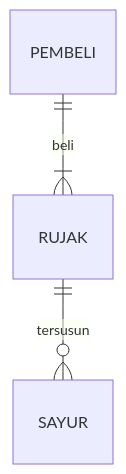
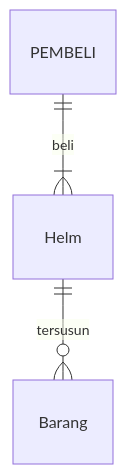
Before and after one commit to boriqq/job-interview: the diagram in interview.md, drawn with Mermaid. The commit also changed other lines of this file, not shown here.

````diff
--- a/interview.md
+++ b/interview.md
@@ -34,5 +34,5 @@
 ```mermaid
 erDiagram
-    RUJAK ||--o{ SAYUR : tersusun
-    PEMBELI ||--|{ RUJAK : beli
+    Helm ||--o{ Barang : tersusun
+    PEMBELI ||--|{ Helm : beli
 ```
````
